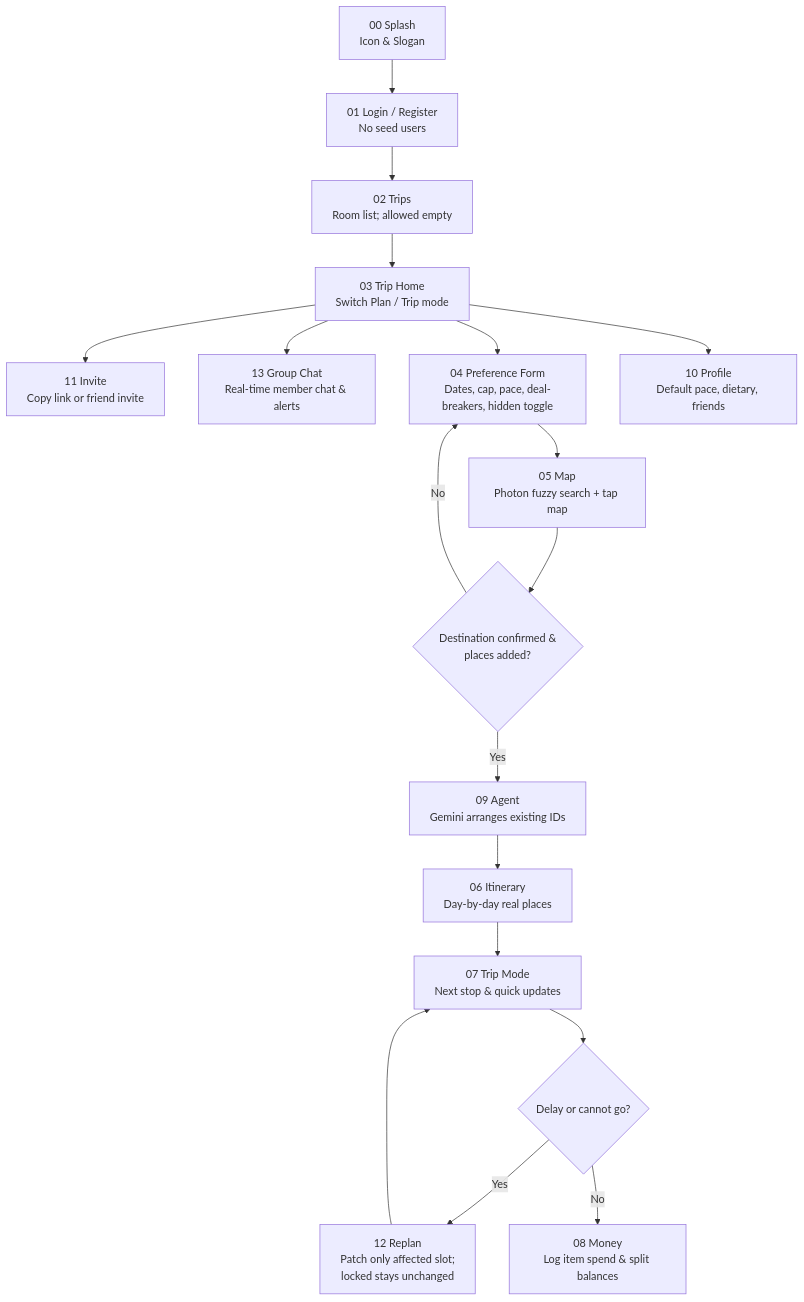
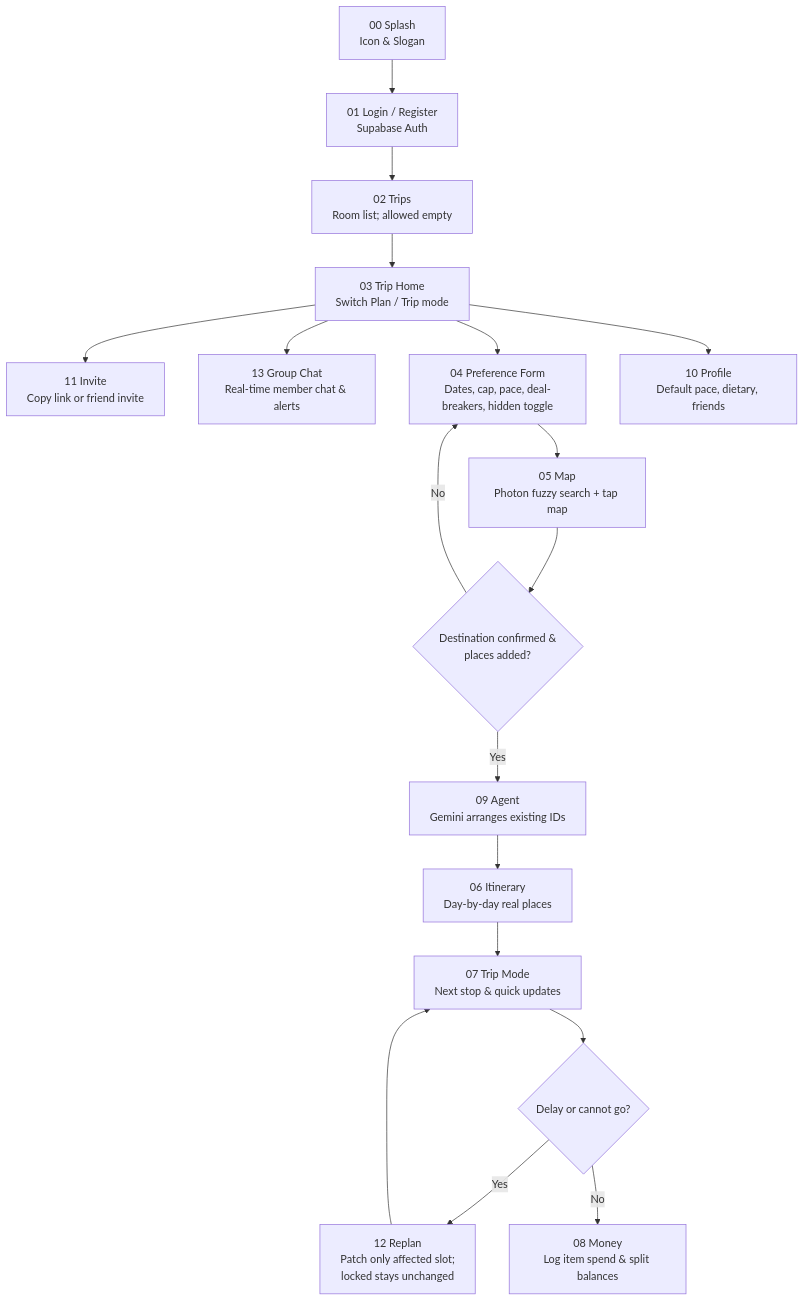
One commit to nlzce/We-are-the-champions_Plan-B changed diagram 11 of 15 in README.md. Above: the diagram before and after it, drawn with Mermaid. The commit also changed other lines of this file, not shown here.

Commit message:
docs: remove mock demo seed data from out-of-scope and clean up auth references

````diff
--- a/README.md
+++ b/README.md
@@ -473,20 +473,20 @@
 ```mermaid
 flowchart TD
-  S00["00 Splash<br/>Icon & Slogan"] --> S01["01 Login / Register<br/>No seed users"]
+  S00["00 Splash<br/>Icon & Slogan"] --> S01["01 Login / Register<br/>Supabase Auth"]
   S01 --> S02["02 Trips<br/>Room list; allowed empty"]
   S02 --> S03["03 Trip Home<br/>Switch Plan / Trip mode"]
   S03 --> S11["11 Invite<br/>Copy link or friend invite"]
   S03 --> S13["13 Group Chat<br/>Real-time member chat & alerts"]
   S03 --> S04["04 Preference Form<br/>Dates, cap, pace, deal-breakers, hidden toggle"]
   S04 --> S05["05 Map<br/>Photon fuzzy search + tap map"]
   S05 --> AlignChk{"Destination confirmed &<br/>places added?"}
   AlignChk -->|No| S04
   AlignChk -->|Yes| S09["09 Agent<br/>Gemini arranges existing IDs"]
   S09 --> S06["06 Itinerary<br/>Day-by-day real places"]
   S06 --> S07["07 Trip Mode<br/>Next stop & quick updates"]
   S07 --> DisCheck{"Delay or cannot go?"}
   DisCheck -->|Yes| S12["12 Replan<br/>Patch only affected slot;<br/>locked stays unchanged"]
   S12 --> S07
   DisCheck -->|No| S08["08 Money<br/>Log item spend & split balances"]
   S03 --> S10["10 Profile<br/>Default pace, dietary, friends"]
 ```
````
